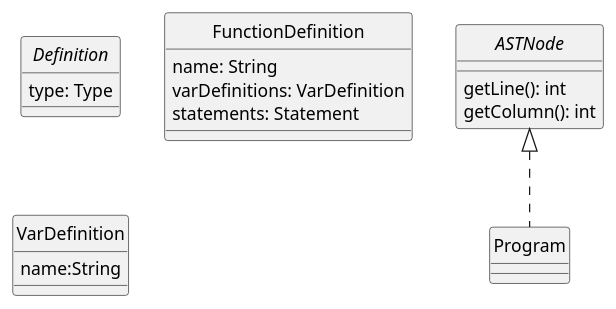
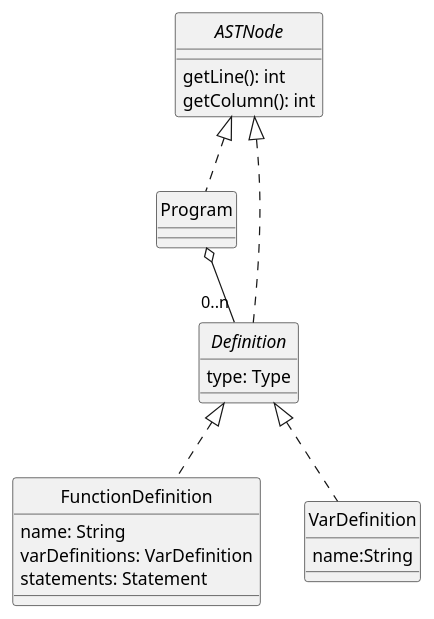
One commit to uo277440/dlp-compiler changed the diagram in docs/diagrams/program.plantuml. Above: the diagram before and after it, drawn with PlantUML. The commit also changed 9 other files, not shown here.

Commit message:
LAB 2 -> actualización diagramas

```diff
--- a/docs/diagrams/program.plantuml
+++ b/docs/diagrams/program.plantuml
@@ -1,27 +1,31 @@
 @startuml Program
 skinparam style strictuml
 skinparam monochrome true
 
 
 interface ASTNode {
     getLine(): int
     getColumn(): int
 }
 
 class Program
 
 interface Definition{
 type: Type
 }
 class FunctionDefinition{
     name: String
     varDefinitions: VarDefinition
     statements: Statement
 }
 class VarDefinition{
 name:String
 }
 
 ASTNode <|.. Program
+ASTNode <|.. Definition
+Definition <|.. VarDefinition
+Definition <|.. FunctionDefinition
+Program o-- "0..n" Definition
 
 @enduml
```
